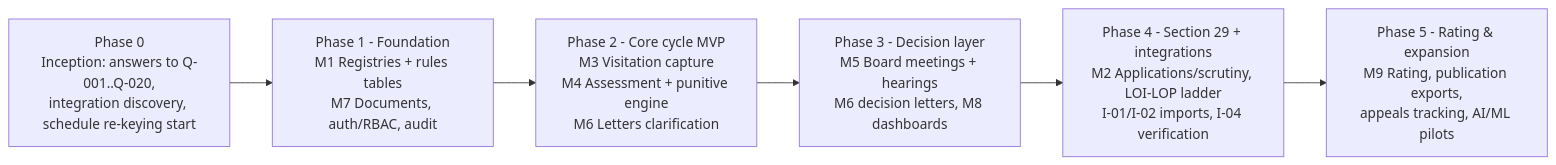
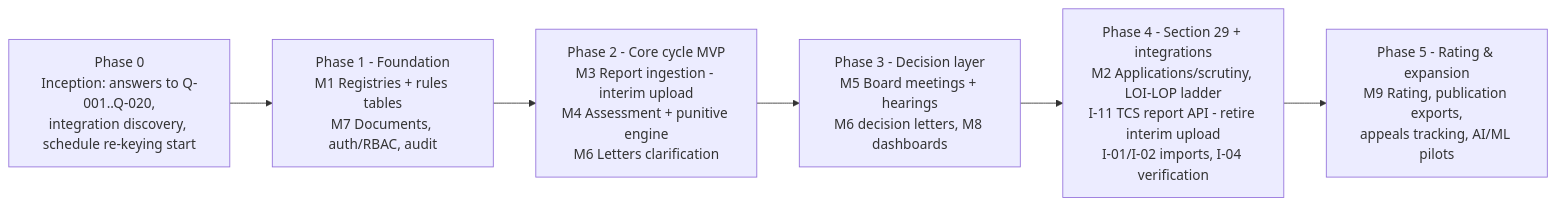
The diagram in docs/srs/14-roadmap.md (Abhinash04/NCISM), drawn with Mermaid before and after one commit. The commit also changed other lines of this file and 24 other files, not shown here.

Commit message:
docs: update SRS suite, project architecture documentation, and workflow analysis

````diff
--- a/docs/srs/14-roadmap.md
+++ b/docs/srs/14-roadmap.md
@@ -7,9 +7,9 @@
 ```mermaid
 flowchart LR
     P0[Phase 0<br/>Inception: answers to Q-001..Q-020,<br/>integration discovery, schedule re-keying start] --> P1
     P1[Phase 1 - Foundation<br/>M1 Registries + rules tables<br/>M7 Documents, auth/RBAC, audit] --> P2
-    P2[Phase 2 - Core cycle MVP<br/>M3 Visitation capture<br/>M4 Assessment + punitive engine<br/>M6 Letters clarification] --> P3
+    P2[Phase 2 - Core cycle MVP<br/>M3 Report ingestion - interim upload<br/>M4 Assessment + punitive engine<br/>M6 Letters clarification] --> P3
     P3[Phase 3 - Decision layer<br/>M5 Board meetings + hearings<br/>M6 decision letters, M8 dashboards] --> P4
-    P4[Phase 4 - Section 29 + integrations<br/>M2 Applications/scrutiny, LOI-LOP ladder<br/>I-01/I-02 imports, I-04 verification] --> P5
+    P4[Phase 4 - Section 29 + integrations<br/>M2 Applications/scrutiny, LOI-LOP ladder<br/>I-11 TCS report API - retire interim upload<br/>I-01/I-02 imports, I-04 verification] --> P5
     P5[Phase 5 - Rating & expansion<br/>M9 Rating, publication exports,<br/>appeals tracking, AI/ML pilots]
 ```
````
